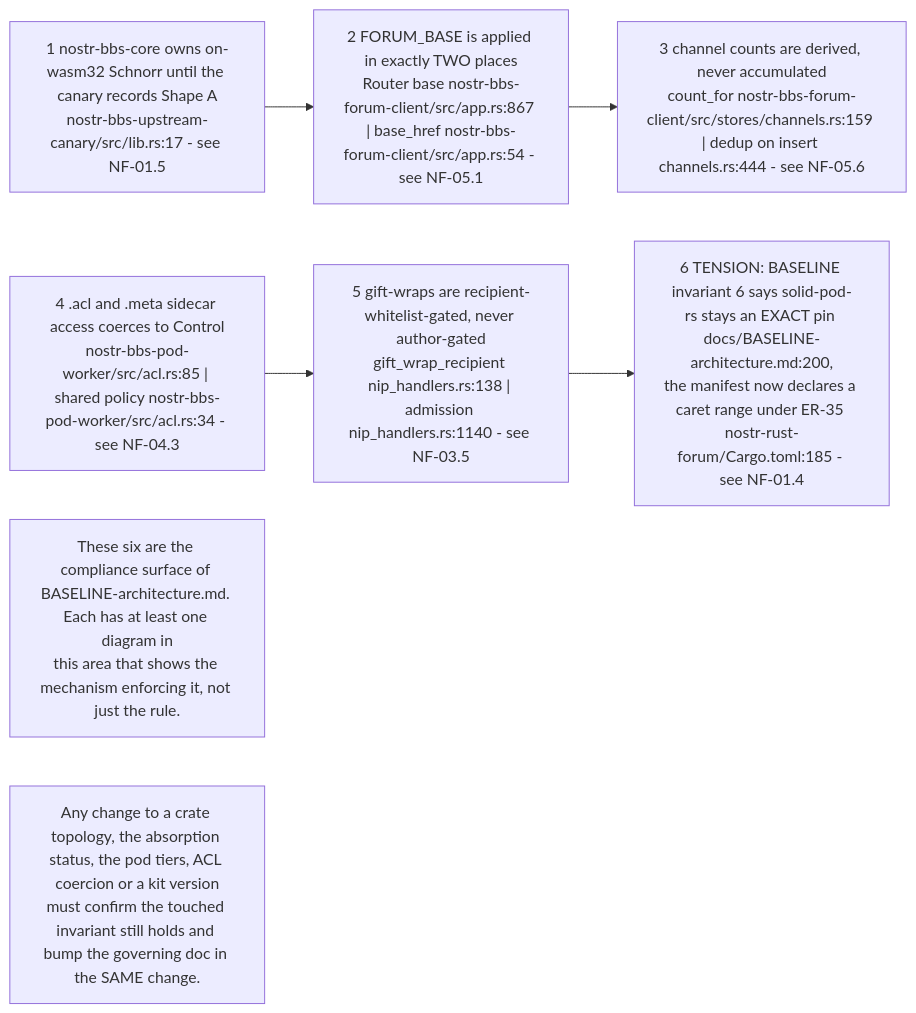
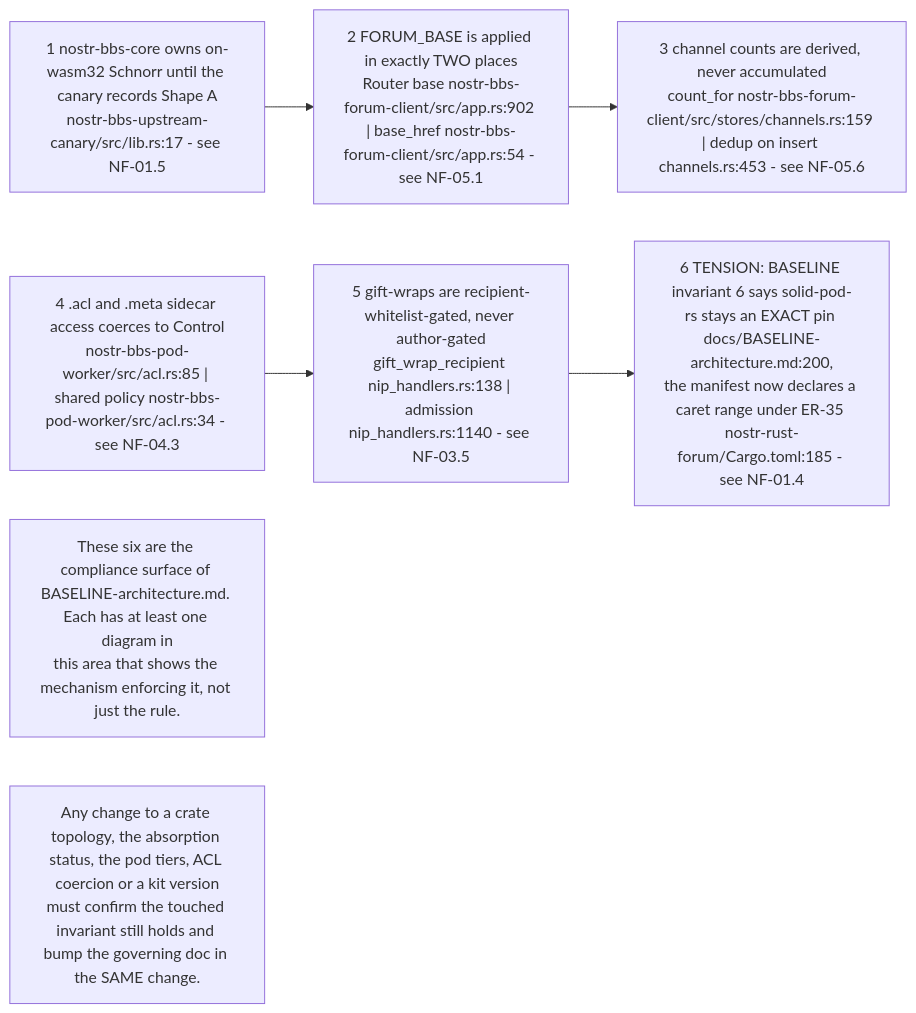
The first of 10 diagrams in docs/diagrams/nostr-rust-forum/10-invariants-and-anomaly-register.md (DreamLab-AI/VisionFlow), drawn with Mermaid before and after one commit. The commit also changed other lines of this file and 91 other files, not shown here.

````diff
--- a/docs/diagrams/nostr-rust-forum/10-invariants-and-anomaly-register.md
+++ b/docs/diagrams/nostr-rust-forum/10-invariants-and-anomaly-register.md
@@ -66,15 +72,15 @@
 ```mermaid
 flowchart LR
     I1["1 nostr-bbs-core owns on-wasm32 Schnorr until the canary records Shape A<br/>nostr-bbs-upstream-canary/src/lib.rs:17 - see NF-01.5"]
-    I2["2 FORUM_BASE is applied in exactly TWO places<br/>Router base nostr-bbs-forum-client/src/app.rs:867 | base_href nostr-bbs-forum-client/src/app.rs:54 - see NF-05.1"]
-    I3["3 channel counts are derived, never accumulated<br/>count_for nostr-bbs-forum-client/src/stores/channels.rs:159 | dedup on insert channels.rs:444 - see NF-05.6"]
+    I2["2 FORUM_BASE is applied in exactly TWO places<br/>Router base nostr-bbs-forum-client/src/app.rs:902 | base_href nostr-bbs-forum-client/src/app.rs:54 - see NF-05.1"]
+    I3["3 channel counts are derived, never accumulated<br/>count_for nostr-bbs-forum-client/src/stores/channels.rs:159 | dedup on insert channels.rs:453 - see NF-05.6"]
     I4["4 .acl and .meta sidecar access coerces to Control<br/>nostr-bbs-pod-worker/src/acl.rs:85 | shared policy nostr-bbs-pod-worker/src/acl.rs:34 - see NF-04.3"]
     I5["5 gift-wraps are recipient-whitelist-gated, never author-gated<br/>gift_wrap_recipient nip_handlers.rs:138 | admission nip_handlers.rs:1140 - see NF-03.5"]
     I6["6 TENSION: BASELINE invariant 6 says solid-pod-rs stays an EXACT pin docs/BASELINE-architecture.md:200,<br/>the manifest now declares a caret range under ER-35 nostr-rust-forum/Cargo.toml:185 - see NF-01.4"]
 
     I1 --> I2 --> I3
     I4 --> I5 --> I6
 
     N1["These six are the compliance surface of BASELINE-architecture.md. Each has at least one diagram in<br/>this area that shows the mechanism enforcing it, not just the rule."]
     N2["Any change to a crate topology, the absorption status, the pod tiers, ACL coercion or a kit version<br/>must confirm the touched invariant still holds and bump the governing doc in the SAME change."]
 ```
````
